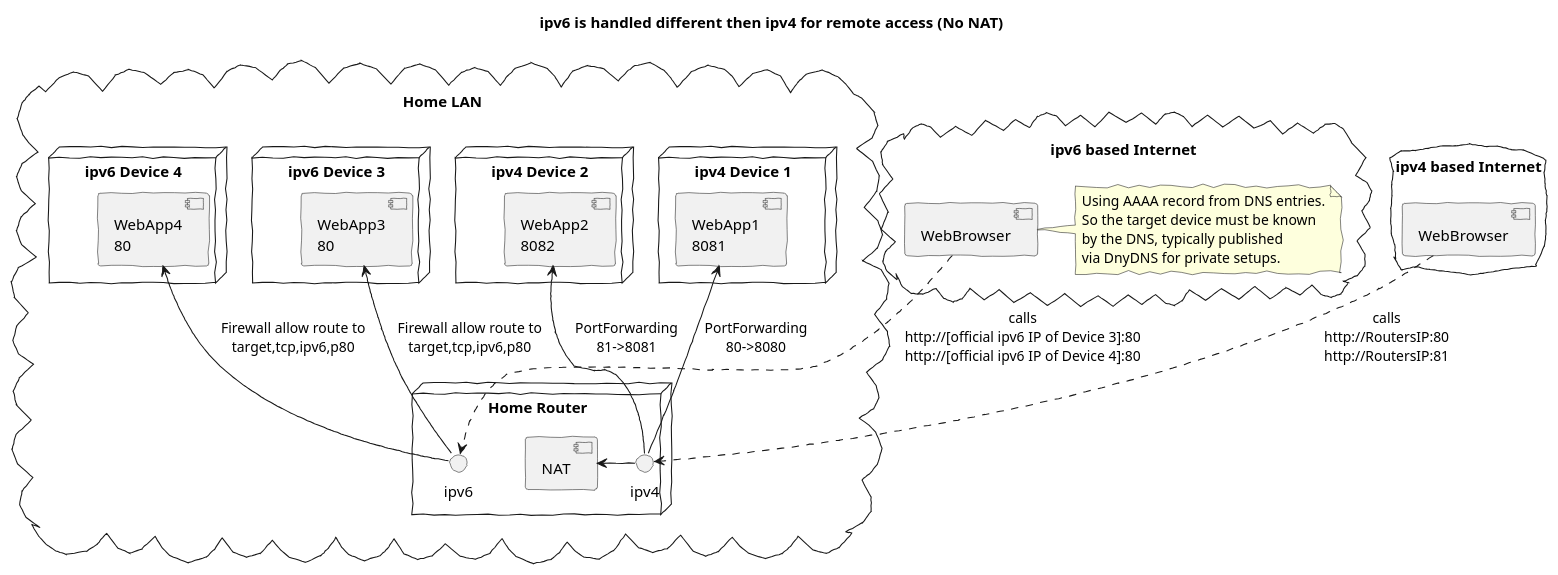
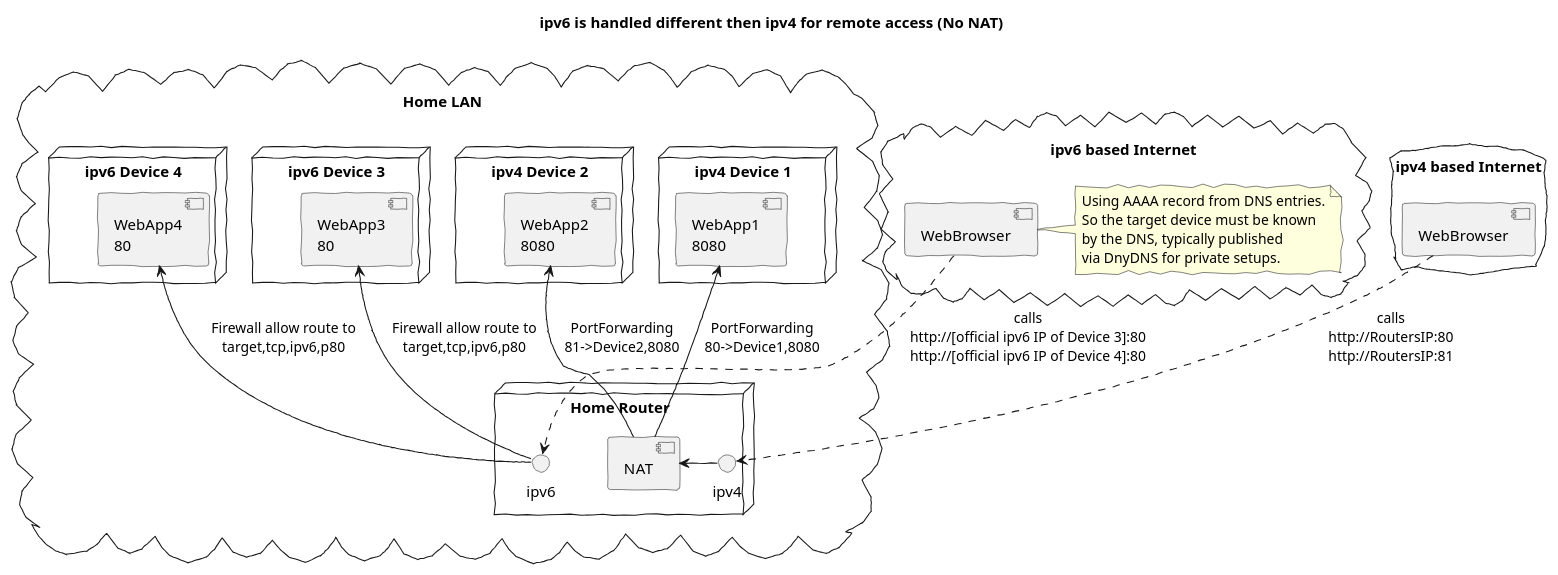
One commit to StefanSchubert/freePlantUMLDiagrams changed the diagram in IPv6/No_Natting_with_IPV6.puml. Above: the diagram before and after it, drawn with PlantUML.

Commit message:
Changes route and ports

```diff
--- a/IPv6/No_Natting_with_IPV6.puml
+++ b/IPv6/No_Natting_with_IPV6.puml
@@ -1,57 +1,57 @@
 @startuml
 
 ' skinparam monochrome true
 skinparam componentStyle uml2
 skinparam handwritten true
 
 title ipv6 is handled different then ipv4 for remote access (No NAT)
 
 cloud "Home LAN\n" {
 
 
  node "ipv4 Device 1" as d41 {
-  component [WebApp1\n8081]
+  component [WebApp1\n8080]
  }
 
  node "ipv4 Device 2" as d42 {
-  component [WebApp2\n8082]
+  component [WebApp2\n8080]
  }
 
  node "ipv6 Device 3" as d61 {
    component [WebApp3\n80]
  }
 
  node "ipv6 Device 4" as d62 {
    component [WebApp4\n80]
  }
 
  node "Home Router" {
 
    interface ipv4
    interface ipv6
 
    [NAT] <- ipv4
 
-   [WebApp1\n8081] <-- ipv4 : PortForwarding\n80->8080
-   [WebApp2\n8082] <-- ipv4 : PortForwarding\n81->8081
+   [WebApp1\n8080] <-- [NAT] : PortForwarding\n80->Device1,8080
+   [WebApp2\n8080] <-- [NAT] : PortForwarding\n81->Device2,8080
 
    [WebApp3\n80] <-- ipv6 : Firewall allow route to\ntarget,tcp,ipv6,p80
    [WebApp4\n80] <-- ipv6 : Firewall allow route to\ntarget,tcp,ipv6,p80
  }
 
 
 
 }
 
 cloud "ipv4 based Internet\n" {
  component [WebBrowser] as wb4
  wb4 ..> ipv4 : "calls\nhttp://RoutersIP:80\nhttp://RoutersIP:81"
 }
 
 cloud "ipv6 based Internet\n" as ip6World {
   component [WebBrowser] as wb6
  wb6 ..> ipv6 : "calls\nhttp://[official ipv6 IP of Device 3]:80\nhttp://[official ipv6 IP of Device 4]:80"
  note right of wb6 : Using AAAA record from DNS entries.\nSo the target device must be known\nby the DNS, typically published\nvia DnyDNS for private setups.
 }
 
 @enduml
```
